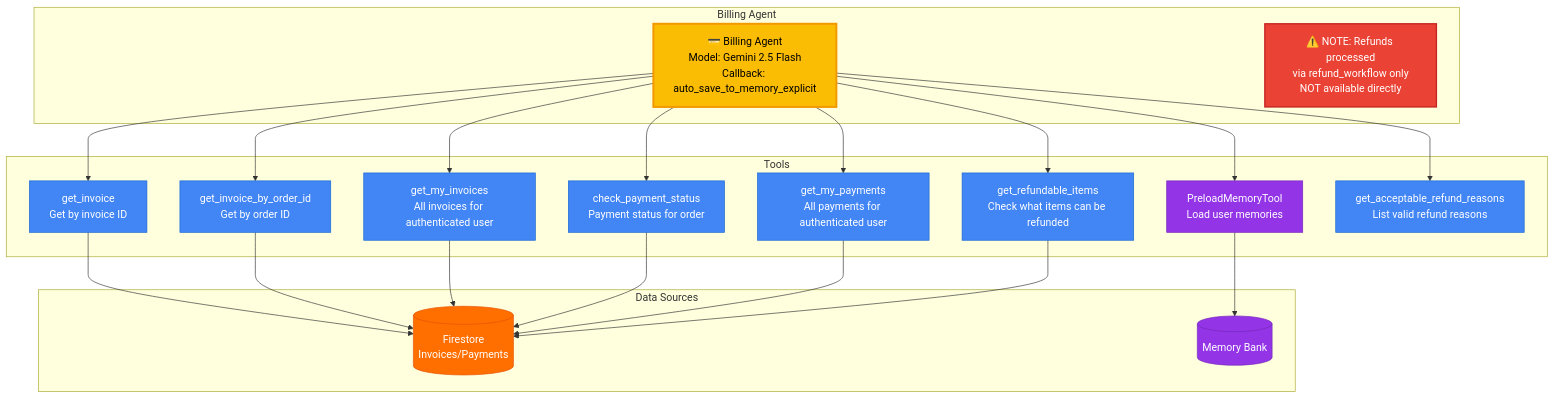
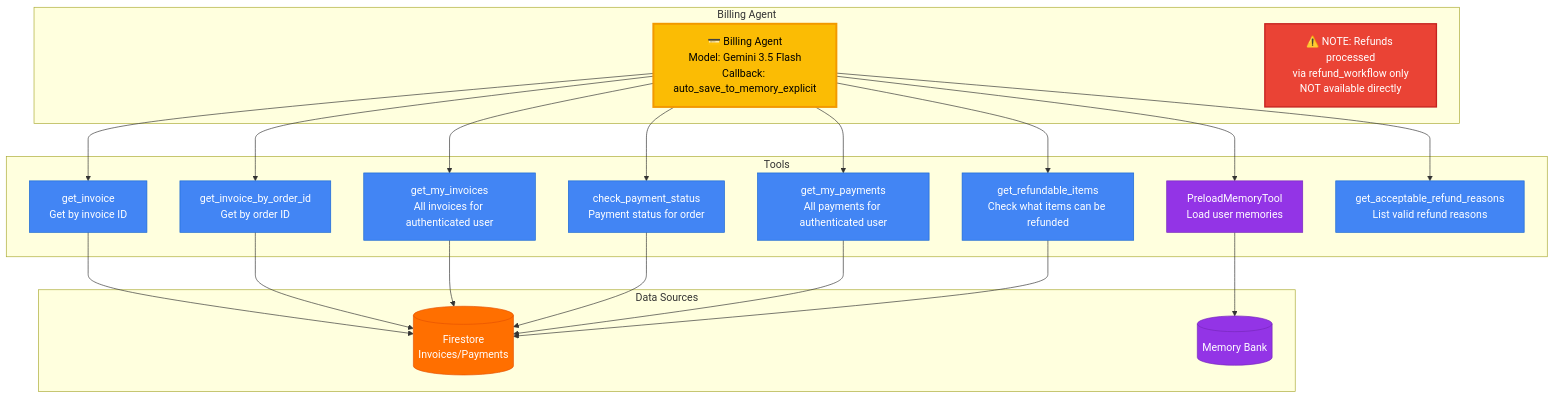
Before and after one commit to Saoussen-CH/adk-multiagent-production-template: the diagram in docs/diagrams/billing-agent.mmd, drawn with Mermaid. The commit also changed 10 other files, not shown here.

First line of the commit message:
docs: update stale Gemini 2.5 Pro/Flash references to 3.5 Flash

```diff
--- a/docs/diagrams/billing-agent.mmd
+++ b/docs/diagrams/billing-agent.mmd
@@ -1,54 +1,54 @@
 %% Billing Agent Architecture
 %% Google Cloud Platform Style
 
 graph TB
     subgraph "Billing Agent"
-        Agent[💳 Billing Agent<br/>Model: Gemini 2.5 Flash<br/>Callback: auto_save_to_memory_explicit]
+        Agent[💳 Billing Agent<br/>Model: Gemini 3.5 Flash<br/>Callback: auto_save_to_memory_explicit]
         Note[⚠️ NOTE: Refunds processed<br/>via refund_workflow only<br/>NOT available directly]
     end
 
     subgraph "Tools"
         T0[PreloadMemoryTool<br/>Load user memories]
         T1[get_invoice<br/>Get by invoice ID]
         T2[get_invoice_by_order_id<br/>Get by order ID]
         T3[get_my_invoices<br/>All invoices for authenticated user]
         T4[check_payment_status<br/>Payment status for order]
         T5[get_my_payments<br/>All payments for authenticated user]
         T6[get_refundable_items<br/>Check what items can be refunded]
         T7[get_acceptable_refund_reasons<br/>List valid refund reasons]
     end
 
     subgraph "Data Sources"
         Firestore[(Firestore<br/>Invoices/Payments)]
         Memory[(Memory Bank)]
     end
 
     Agent --> T0
     Agent --> T1
     Agent --> T2
     Agent --> T3
     Agent --> T4
     Agent --> T5
     Agent --> T6
     Agent --> T7
 
     T0 --> Memory
     T1 --> Firestore
     T2 --> Firestore
     T3 --> Firestore
     T4 --> Firestore
     T5 --> Firestore
     T6 --> Firestore
 
     style Agent fill:#FBBC04,stroke:#F29900,color:#000,stroke-width:3px
     style Note fill:#EA4335,stroke:#C5221F,color:#fff,stroke-width:2px
     style T0 fill:#9334E6,stroke:#7627BB,color:#fff
     style T1 fill:#4285F4,stroke:#1967D2,color:#fff
     style T2 fill:#4285F4,stroke:#1967D2,color:#fff
     style T3 fill:#4285F4,stroke:#1967D2,color:#fff
     style T4 fill:#4285F4,stroke:#1967D2,color:#fff
     style T5 fill:#4285F4,stroke:#1967D2,color:#fff
     style T6 fill:#4285F4,stroke:#1967D2,color:#fff
     style T7 fill:#4285F4,stroke:#1967D2,color:#fff
     style Firestore fill:#FF6F00,stroke:#E65100,color:#fff
     style Memory fill:#9334E6,stroke:#7627BB,color:#fff
```
